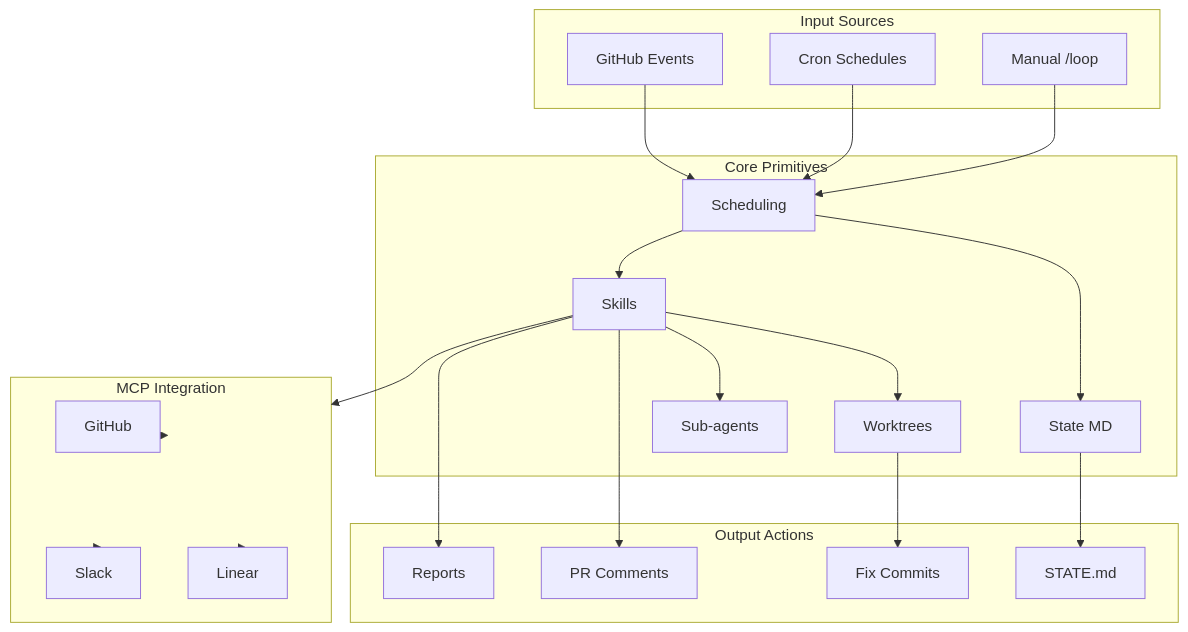
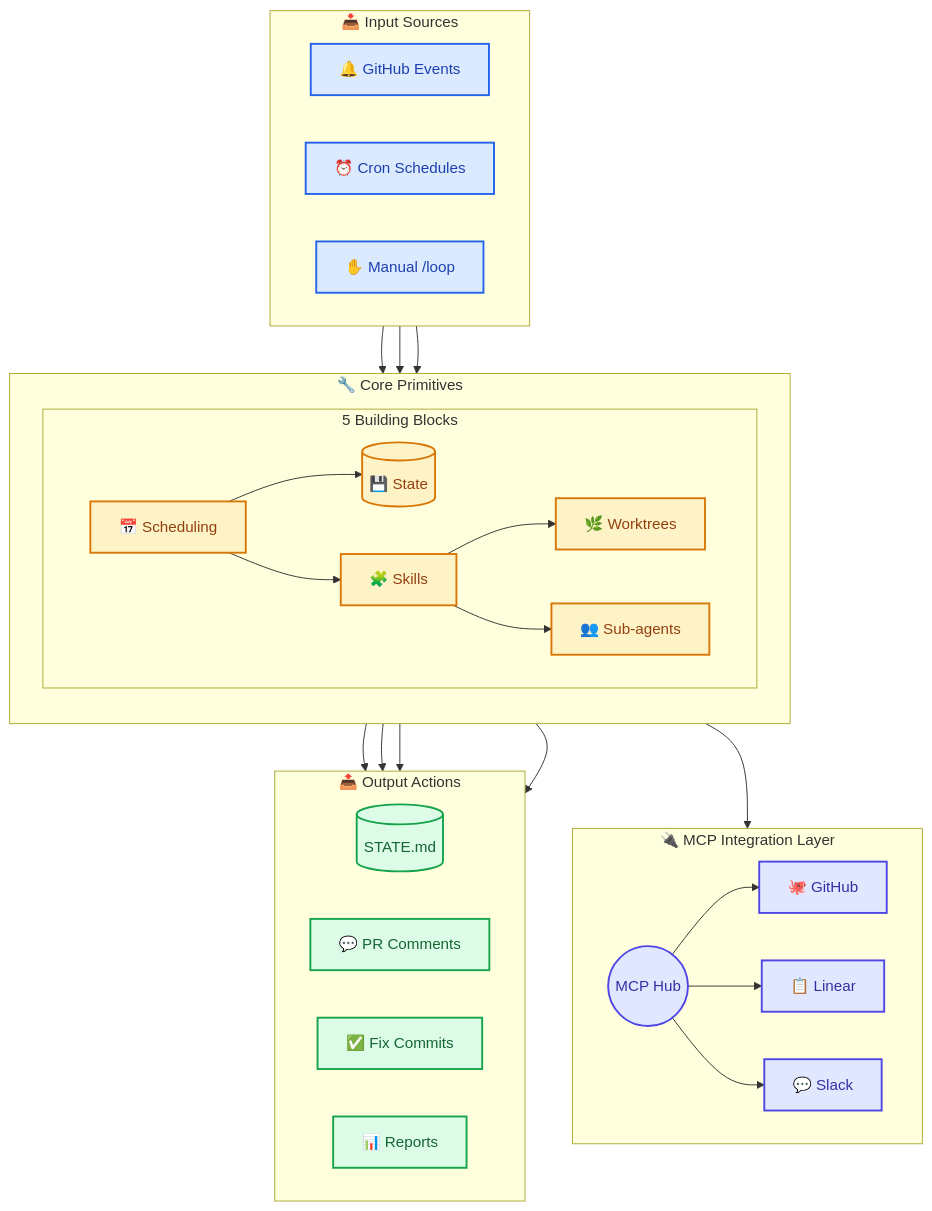
One commit to KevinZhangNothing/agent-loops changed the first of 2 diagrams in README.md. Above: the diagram before and after it, drawn with Mermaid. The commit also changed 1 other file, not shown here.

Commit message:
docs: enhance architecture diagram with better styling
English + Chinese README updates:
- Add emoji icons to all nodes for visual clarity
- Improve node shapes: database for State, circle for MCP Hub, rounded for others
- Add directional layout hints (LR for horizontal, TB for vertical)
- Apply color scheme:
  - Input: Blue (#dbeafe)
  - Core Primitives: Amber (#fef3c7)
  - MCP Integration: Indigo (#e0e7ff)
  - Output: Green (#dcfce7)
- Better organize subgraphs with nested structure
- Add explicit edge connections for cleaner flow
- Use CSS classes for consistent styling

````diff
--- a/README.md
+++ b/README.md
@@ -57,37 +57,71 @@
 ```mermaid
 flowchart TB
-    subgraph Inputs["Input Sources"]
-        GH[GitHub Events]
-        CRON[Cron Schedules]
-        MANUAL[Manual /loop]
+    subgraph Inputs["📥 Input Sources"]
+        direction LR
+        GH["🔔 GitHub Events"]
+        CRON["⏰ Cron Schedules"]
+        MANUAL["✋ Manual /loop"]
     end
 
-    subgraph Primitives["Core Primitives"]
-        SCHED[Scheduling]
-        STATE[State MD]
-        SKILLS[Skills]
-        WT[Worktrees]
-        SUB[Sub-agents]
+    subgraph Core["🔧 Core Primitives"]
+        direction TB
+        subgraph Primitives["5 Building Blocks"]
+            direction LR
+            SCHED["📅 Scheduling"]
+            STATE[("💾 State")]
+            SKILLS["🧩 Skills"]
+            WT["🌿 Worktrees"]
+            SUB["👥 Sub-agents"]
+        end
     end
 
-    subgraph MCP["MCP Integration"]
-        GH_MCP[GitHub]
-        LIN_MCP[Linear]
-        SLK_MCP[Slack]
+    subgraph MCP["🔌 MCP Integration Layer"]
+        direction LR
+        MCP_HUB(("MCP Hub"))
+        GH_MCP["🐙 GitHub"]
+        LIN_MCP["📋 Linear"]
+        SLK_MCP["💬 Slack"]
     end
 
-    subgraph Outputs["Output Actions"]
-        STATE_UPD[STATE.md]
-        PR_COM[PR Comments]
-        FIXES[Fix Commits]
-        REPS[Reports]
+    subgraph Outputs["📤 Output Actions"]
+        direction LR
+        STATE_UPD[("STATE.md")]
+        PR_COM["💬 PR Comments"]
+        FIXES["✅ Fix Commits"]
+        REPS["📊 Reports"]
     end
 
-    GH & CRON & MANUAL --> SCHED
-    SCHED --> STATE & SKILLS
-    SKILLS --> WT & SUB & MCP
-    MCP --> GH_MCP & LIN_MCP & SLK_MCP
+    %% Input connections
+    GH --> SCHED
+    CRON --> SCHED
+    MANUAL --> SCHED
+    
+    %% Core primitive connections
+    SCHED --> STATE
+    SCHED --> SKILLS
+    SKILLS --> WT
+    SKILLS --> SUB
+    SKILLS --> MCP_HUB
+    
+    %% MCP connections
+    MCP_HUB --> GH_MCP
+    MCP_HUB --> LIN_MCP
+    MCP_HUB --> SLK_MCP
+    
+    %% Output connections
     STATE --> STATE_UPD
-    SKILLS --> PR_COM & REPS
+    SKILLS --> PR_COM
+    SKILLS --> REPS
     WT --> FIXES
+
+    %% Styling
+    classDef input fill:#dbeafe,stroke:#2563eb,stroke-width:2px,color:#1e40af
+    classDef core fill:#fef3c7,stroke:#d97706,stroke-width:2px,color:#92400e
+    classDef mcp fill:#e0e7ff,stroke:#4f46e5,stroke-width:2px,color:#3730a3
+    classDef output fill:#dcfce7,stroke:#16a34a,stroke-width:2px,color:#166534
+    
+    class GH,CRON,MANUAL input
+    class SCHED,STATE,SKILLS,WT,SUB core
+    class MCP_HUB,GH_MCP,LIN_MCP,SLK_MCP mcp
+    class STATE_UPD,PR_COM,FIXES,REPS output
 ```
````
